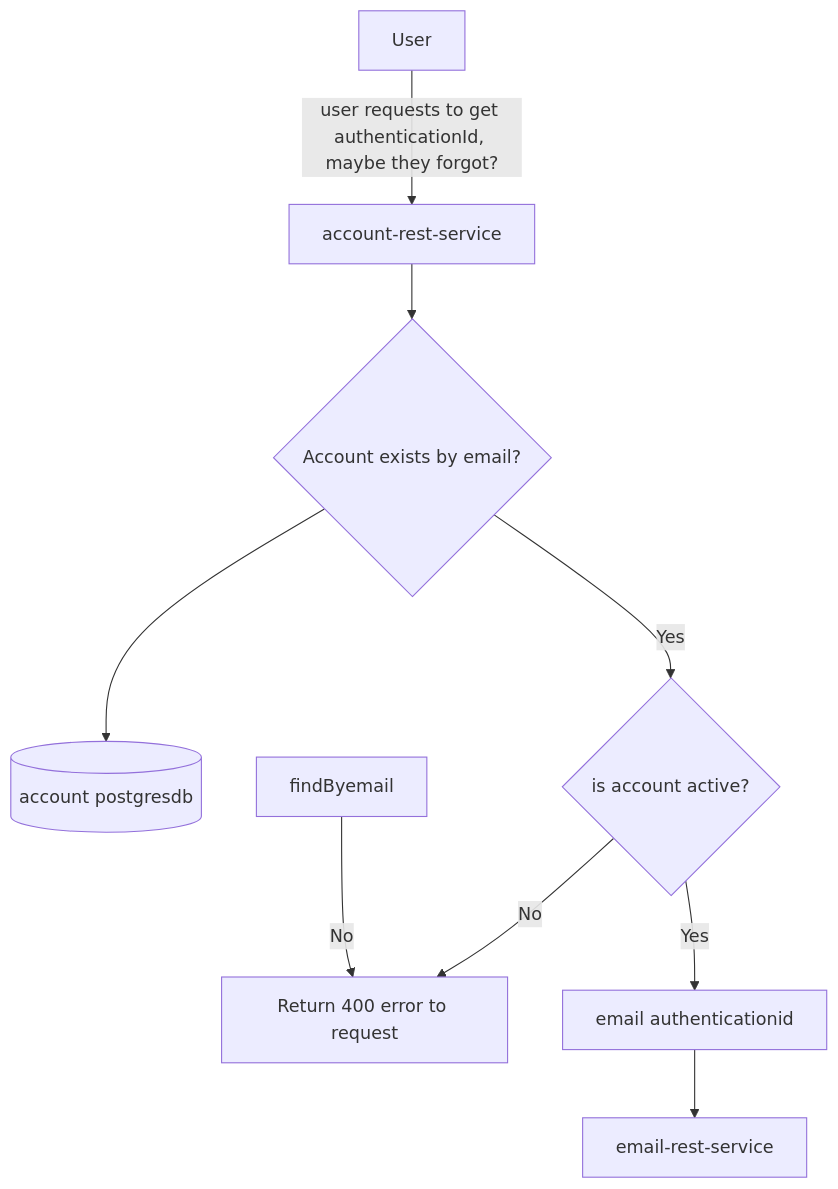
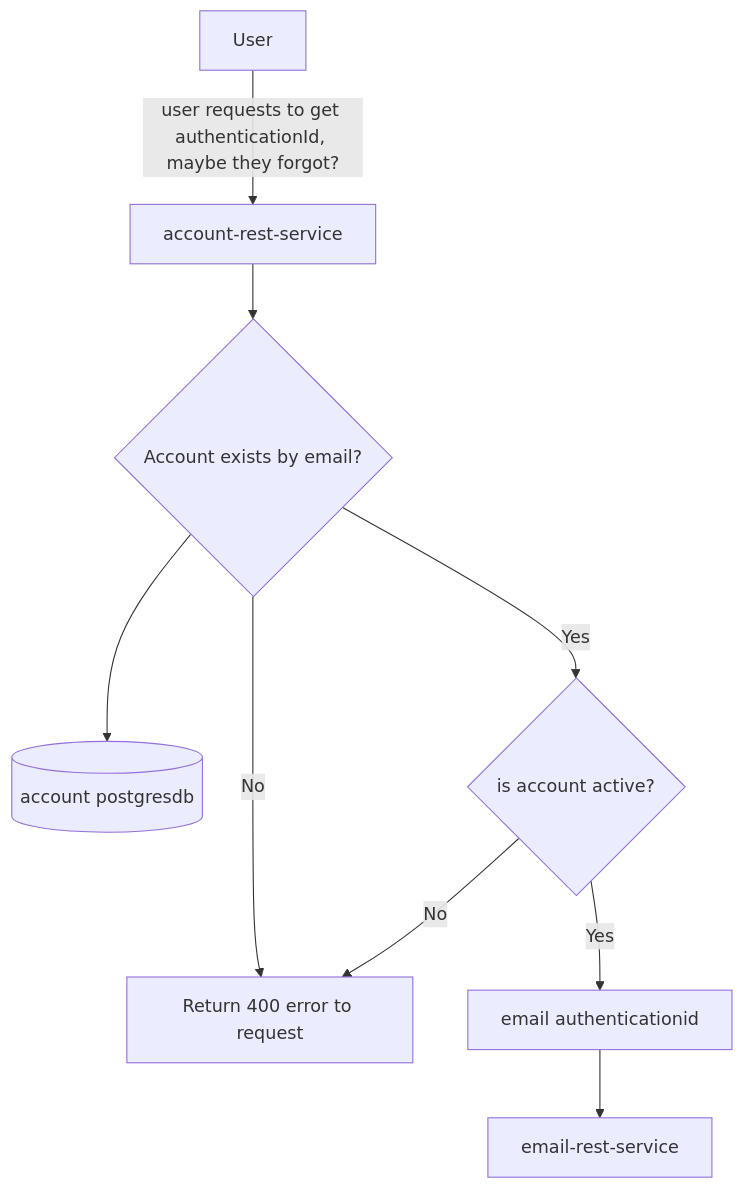
One commit to sonamsamdupkhangsar/account-rest-service changed the sixth of 6 diagrams in README.md. Above: the diagram before and after it, drawn with Mermaid.

````diff
--- a/README.md
+++ b/README.md
@@ -163,11 +163,11 @@
 ```mermaid
 flowchart TD
   User --"user requests to get authenticationId, maybe they forgot?"--> account-rest-service
   account-rest-service --> findByEmail{Account exists by email?}
   findByEmail --> accountDb[(account postgresdb)]
   findByEmail -->|Yes| accountIsActive{is account active?}  
-  findByemail -->|No| returnError[Return 400 error to request]
+  findByEmail -->|No| returnError[Return 400 error to request]
   accountIsActive -->|Yes| emailAuthenticationId[email authenticationid]
   emailAuthenticationId --> email-rest-service
   accountIsActive -->|No| returnError                  
 ```
````
